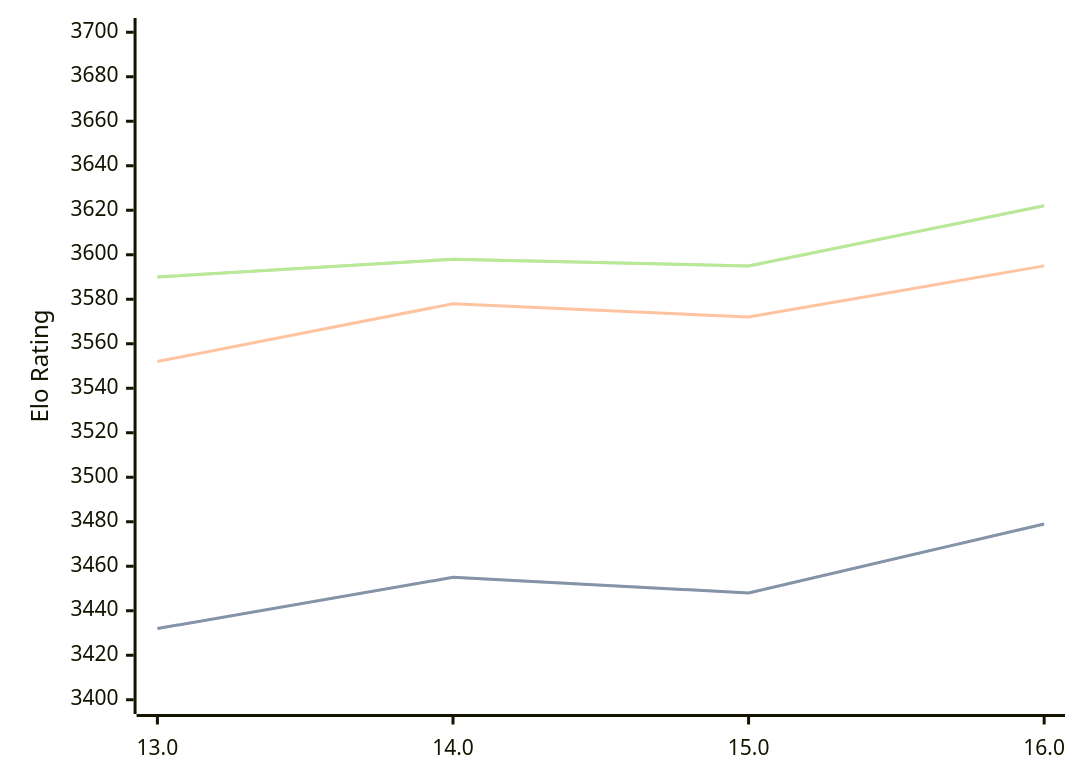
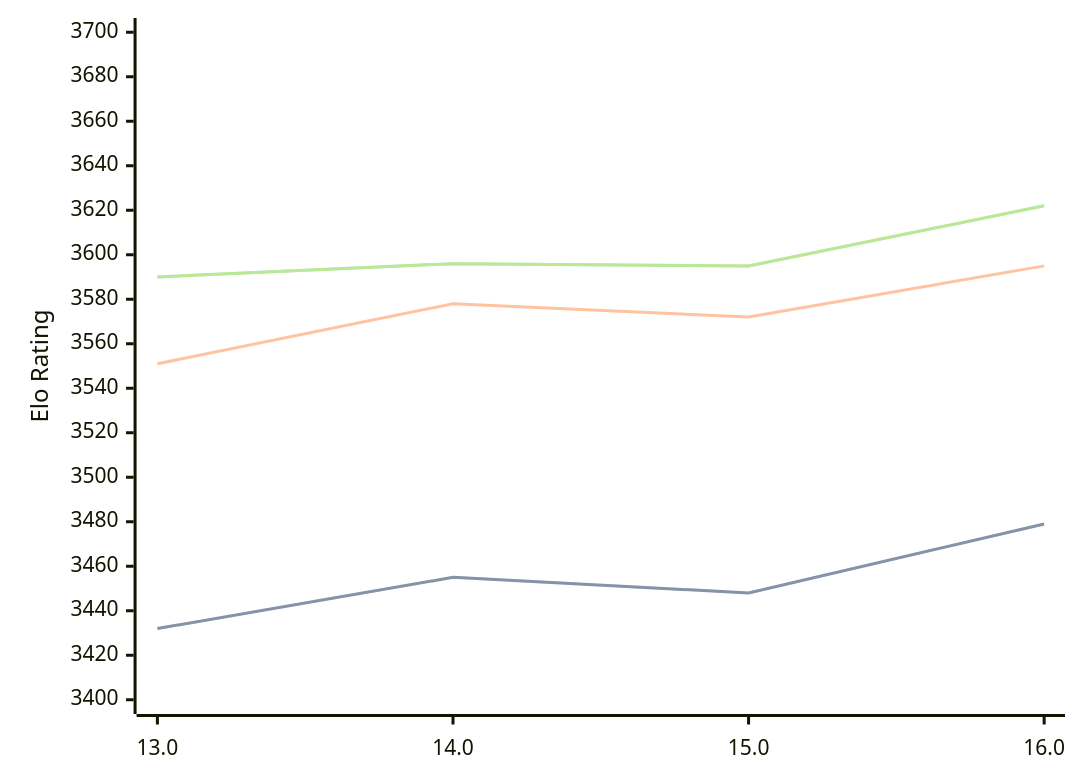
The diagram in engines/Obsidian.md (computer-chess-index/cci), drawn with Mermaid before and after one commit. The commit also changed other lines of this file, not shown here.

Commit message:
Update CCI Ratings (ELO VLTC) - 2026-03-09

````diff
--- a/engines/Obsidian.md
+++ b/engines/Obsidian.md
@@ -41,11 +41,11 @@
 ```mermaid
 %%{init: {"theme":"base","themeVariables":{"seriesColors:['#a3a3a3','#222221','#faa371']}}}%%
 xychart-beta
   x-axis ["13.0", "14.0", "15.0", "16.0"]
   y-axis "Elo Rating" 3400 --> 3700
   line "STC (8.0+0.08s)" [3432, 3455, 3448, 3479]
   line "STC (8.0+0.08s)" [3432, 3455, 3448, 3479]
-  line "LTC (60.0+0.60s)" [3552, 3578, 3572, 3595]
-  line "VLTC (2m24s+1.12s)" [3590, 3598, 3595, 3622]
-  line "VLTC (2m24s+1.12s)" [3590, 3598, 3595, 3622]
+  line "LTC (60.0+0.60s)" [3551, 3578, 3572, 3595]
+  line "VLTC (2m24s+1.12s)" [3590, 3596, 3595, 3622]
+  line "VLTC (2m24s+1.12s)" [3590, 3596, 3595, 3622]
 ```
````
